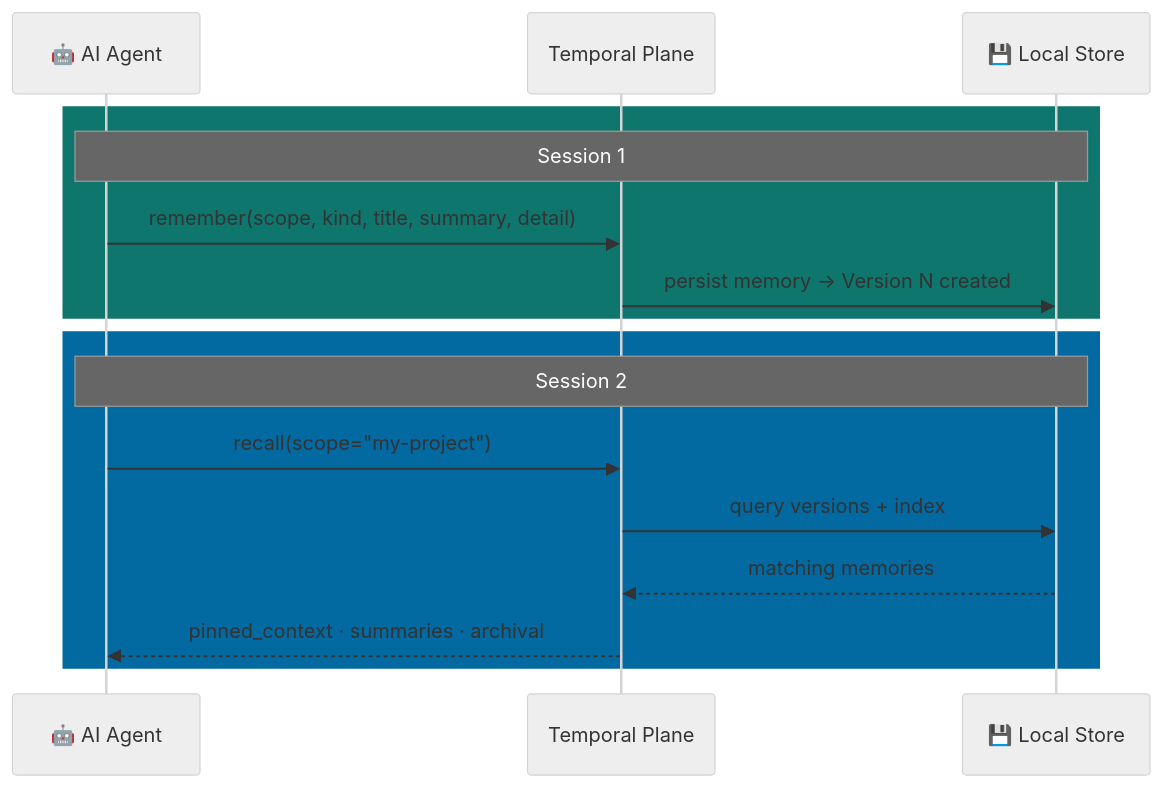
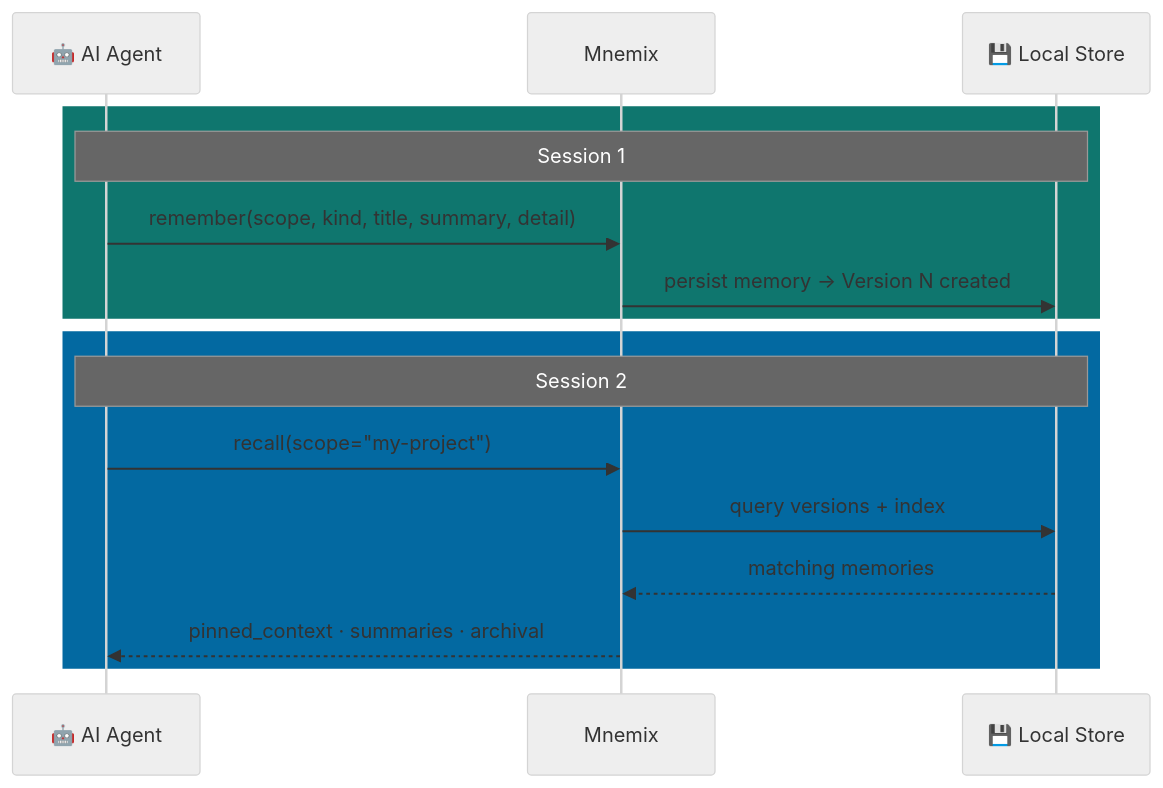
Before and after one commit to micahcourey/temporal-plane: the second of 3 diagrams in README.md, drawn with Mermaid (neutral theme). The commit also changed other lines of this file and 161 other files, not shown here.

````diff
--- a/README.md
+++ b/README.md
@@ -53,20 +53,20 @@
 ```mermaid
 sequenceDiagram
     participant A as 🤖 AI Agent
-    participant TP as Temporal Plane
+    participant TP as Mnemix
     participant S as 💾 Local Store
 
     rect rgb(15, 118, 110)
         Note over A,S: Session 1
         A->>TP: remember(scope, kind, title, summary, detail)
         TP->>S: persist memory → Version N created
     end
 
     rect rgb(3, 105, 161)
         Note over A,S: Session 2
         A->>TP: recall(scope="my-project")
         TP->>S: query versions + index
         S-->>TP: matching memories
         TP-->>A: pinned_context · summaries · archival
     end
 ```
````
